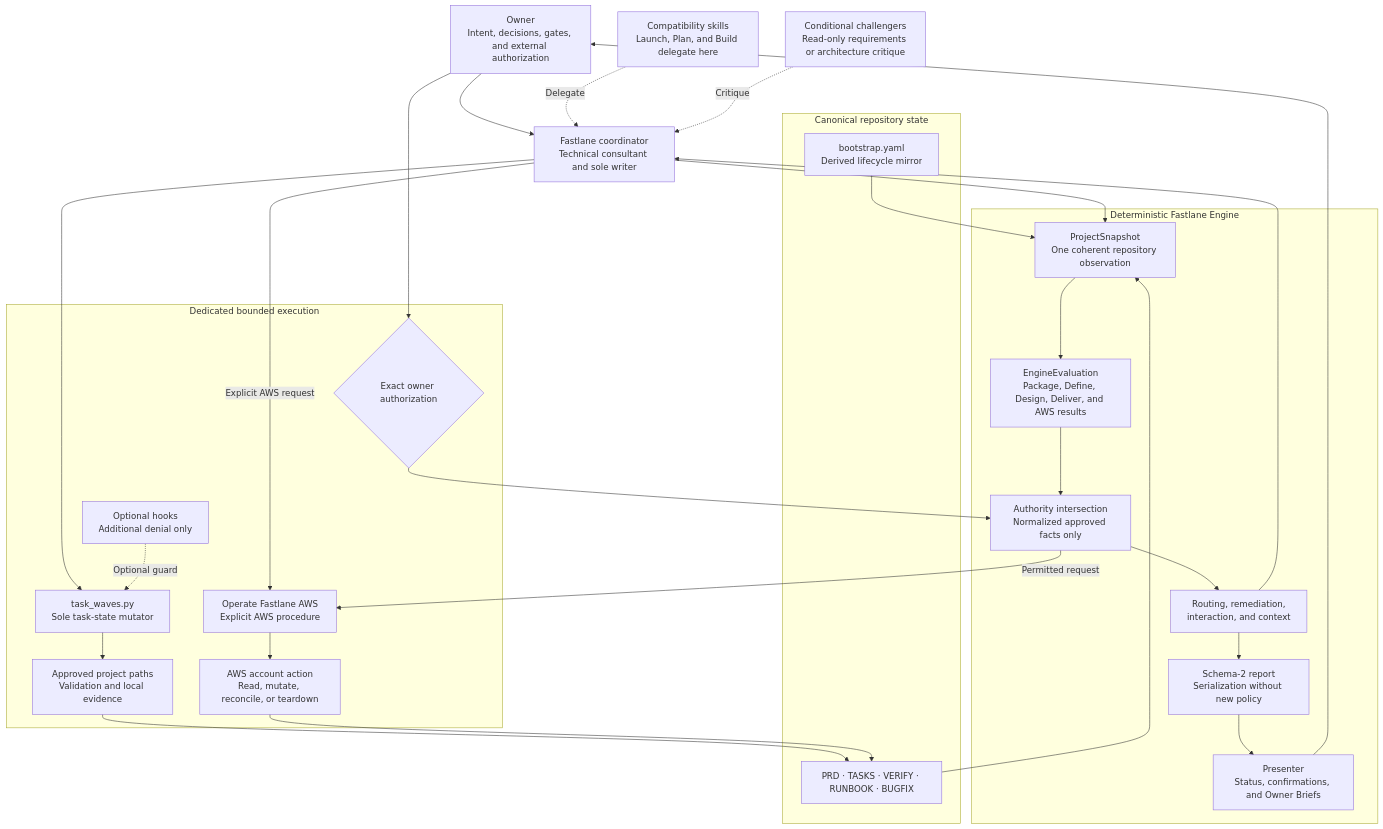
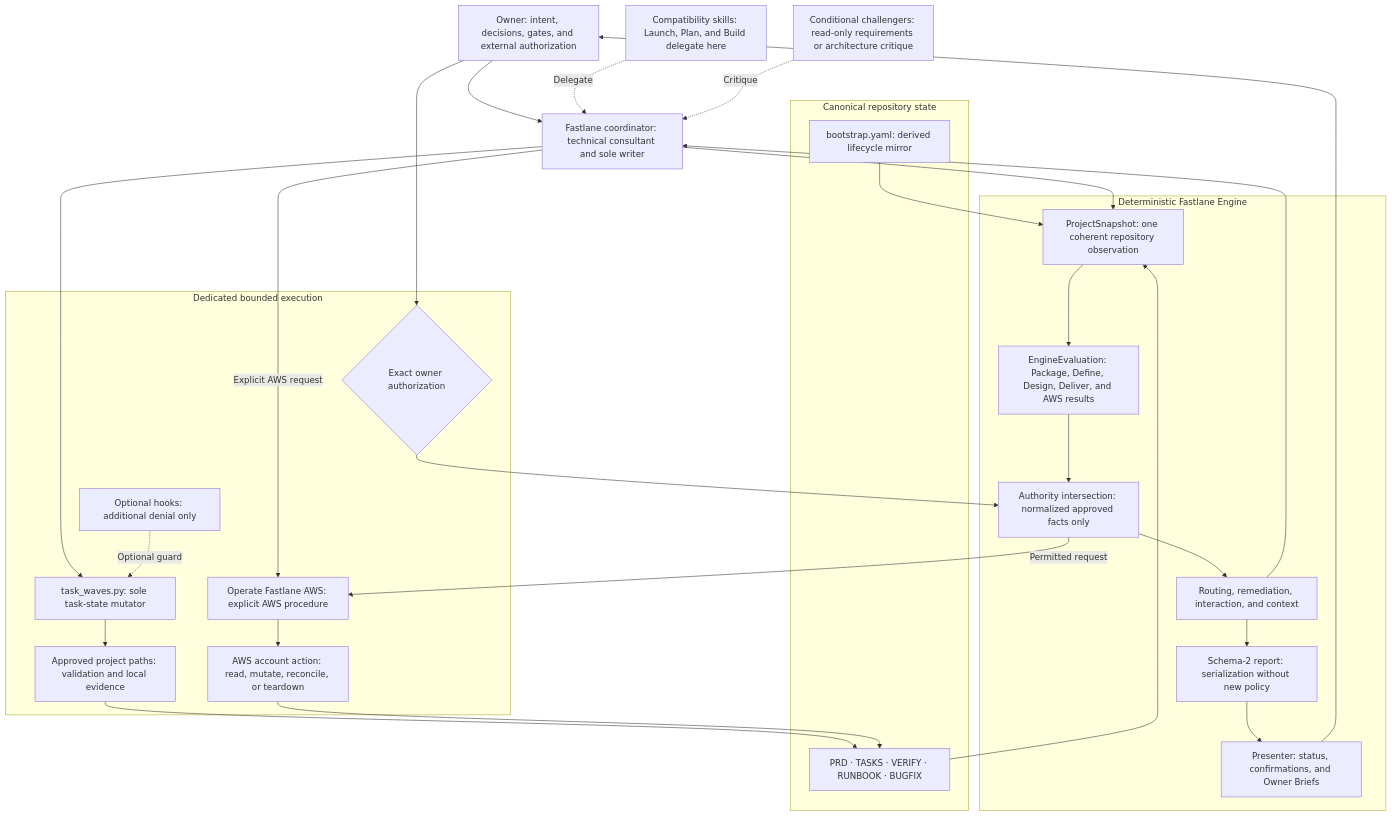
Before and after one commit to Levi-Breedlove/codex-aws-aidlc: the second of 2 diagrams in README.md, drawn with Mermaid. The commit also changed other lines of this file and 3 other files, not shown here.

Commit message:
fix: keep Mermaid labels readable on GitHub

````diff
--- a/README.md
+++ b/README.md
@@ -121,49 +121,49 @@
 ```mermaid
 flowchart TB
     accTitle: Fastlane technical control plane
     accDescr: One coordinator evaluates canonical repository records through an immutable snapshot, derives routing and authority, uses dedicated bounded mutation paths, records evidence, and presents the evaluated truth to the owner.
 
-    OWNER["Owner<br/>Intent, decisions, gates, and external authorization"]
-    COORD["Fastlane coordinator<br/>Technical consultant and sole writer"]
-    ALIASES["Compatibility skills<br/>Launch, Plan, and Build delegate here"]
-    CHALLENGERS["Conditional challengers<br/>Read-only requirements or architecture critique"]
+    OWNER["Owner: intent, decisions, gates, and external authorization"]
+    COORD["Fastlane coordinator: technical consultant and sole writer"]
+    ALIASES["Compatibility skills: Launch, Plan, and Build delegate here"]
+    CHALLENGERS["Conditional challengers: read-only requirements or architecture critique"]
 
     subgraph RECORDS["Canonical repository state"]
         PROJECT["PRD · TASKS · VERIFY · RUNBOOK · BUGFIX"]
-        MIRROR["bootstrap.yaml<br/>Derived lifecycle mirror"]
+        MIRROR["bootstrap.yaml: derived lifecycle mirror"]
     end
 
     subgraph ENGINE["Deterministic Fastlane Engine"]
-        SNAP["ProjectSnapshot<br/>One coherent repository observation"]
-        EVAL["EngineEvaluation<br/>Package, Define, Design, Deliver, and AWS results"]
-        AUTH["Authority intersection<br/>Normalized approved facts only"]
-        ROUTE["Routing, remediation,<br/>interaction, and context"]
-        REPORT["Schema-2 report<br/>Serialization without new policy"]
-        PRESENTER["Presenter<br/>Status, confirmations, and Owner Briefs"]
+        SNAP["ProjectSnapshot: one coherent repository observation"]
+        EVAL["EngineEvaluation: Package, Define, Design, Deliver, and AWS results"]
+        AUTH["Authority intersection: normalized approved facts only"]
+        ROUTE["Routing, remediation, interaction, and context"]
+        REPORT["Schema-2 report: serialization without new policy"]
+        PRESENTER["Presenter: status, confirmations, and Owner Briefs"]
 
         SNAP --> EVAL --> AUTH --> ROUTE --> REPORT --> PRESENTER
     end
 
     subgraph EXECUTION["Dedicated bounded execution"]
-        MUTATOR["task_waves.py<br/>Sole task-state mutator"]
-        HARNESS["Approved project paths<br/>Validation and local evidence"]
-        OPERATE["Operate Fastlane AWS<br/>Explicit AWS procedure"]
+        MUTATOR["task_waves.py: sole task-state mutator"]
+        HARNESS["Approved project paths: validation and local evidence"]
+        OPERATE["Operate Fastlane AWS: explicit AWS procedure"]
         RECEIPT{"Exact owner authorization"}
-        AWSACCOUNT["AWS account action<br/>Read, mutate, reconcile, or teardown"]
-        HOOKS["Optional hooks<br/>Additional denial only"]
+        AWSACCOUNT["AWS account action: read, mutate, reconcile, or teardown"]
+        HOOKS["Optional hooks: additional denial only"]
     end
 
     OWNER --> COORD
     ALIASES -. "Delegate" .-> COORD
     CHALLENGERS -. "Critique" .-> COORD
     PROJECT --> SNAP
     MIRROR --> SNAP
     COORD --> SNAP
     ROUTE --> COORD
     PRESENTER --> OWNER
     COORD --> MUTATOR --> HARNESS --> PROJECT
     HOOKS -. "Optional guard" .-> MUTATOR
     COORD -->|"Explicit AWS request"| OPERATE
     OWNER --> RECEIPT --> AUTH
     AUTH -->|"Permitted request"| OPERATE --> AWSACCOUNT --> PROJECT
 ```
````
